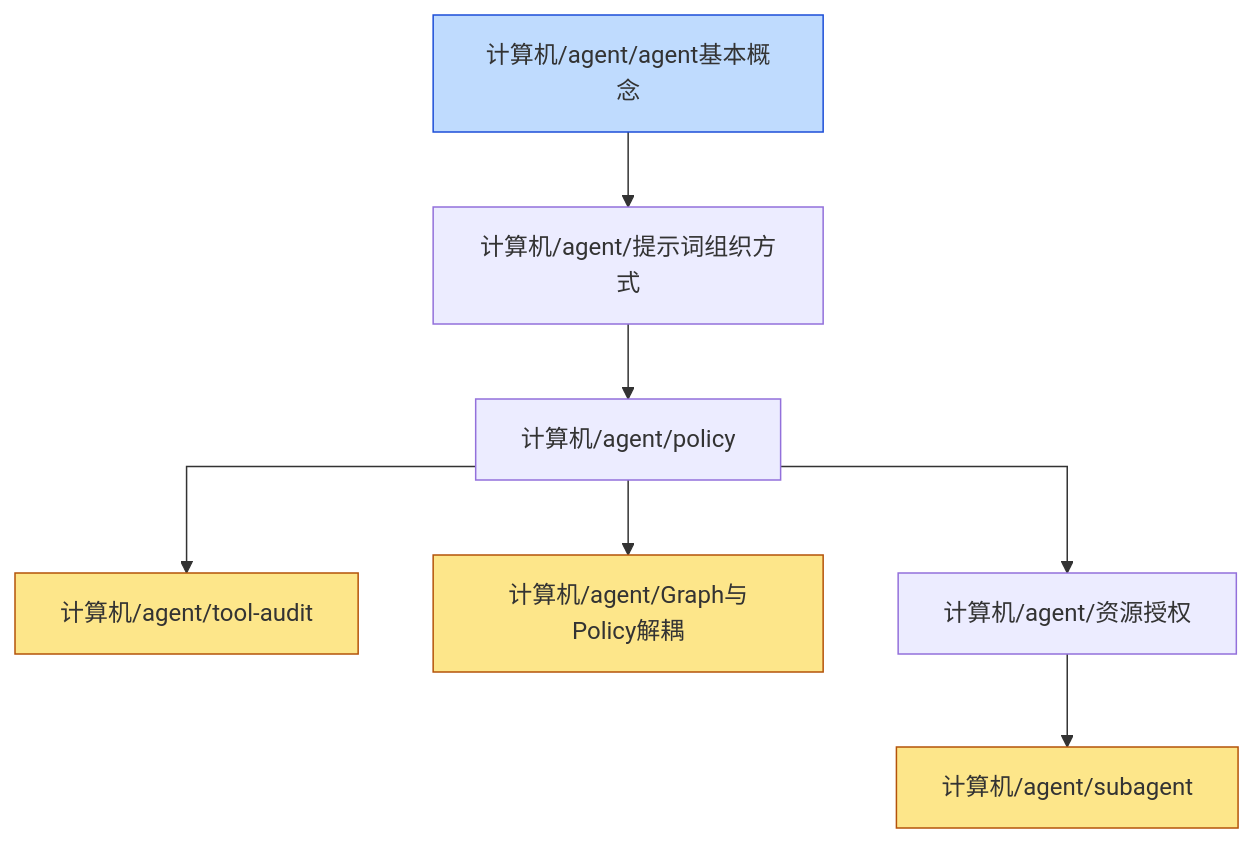
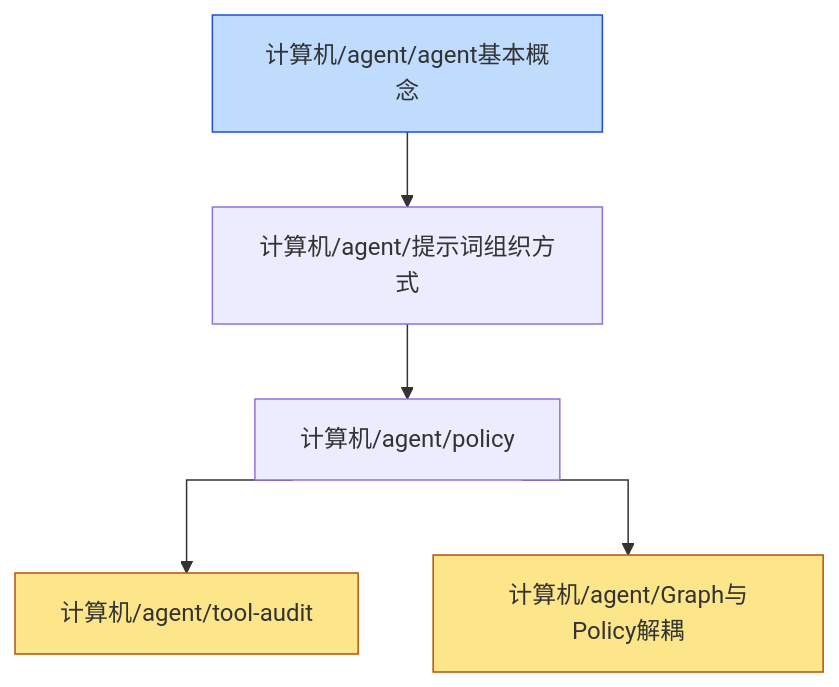
The diagram in content/计算机/agent/dependency_graph.md (zeroDtree/zeroDtree.github.io), drawn with Mermaid before and after one commit. The commit also changed 13 other files, not shown here.

````diff
--- a/content/计算机/agent/dependency_graph.md
+++ b/content/计算机/agent/dependency_graph.md
@@ -1,21 +1,17 @@
 ```mermaid
 %%{init: {'flowchart': {'curve': 'stepAfter'}}}%%
 graph TD
 1["计算机/agent/policy"] --> 0["计算机/agent/tool-audit"]
 1["计算机/agent/policy"] --> 2["计算机/agent/Graph与Policy解耦"]
-4["计算机/agent/资源授权"] --> 3["计算机/agent/subagent"]
-6["计算机/agent/agent基本概念"] --> 5["计算机/agent/提示词组织方式"]
-5["计算机/agent/提示词组织方式"] --> 1["计算机/agent/policy"]
-1["计算机/agent/policy"] --> 4["计算机/agent/资源授权"]
+4["计算机/agent/agent基本概念"] --> 3["计算机/agent/提示词组织方式"]
+3["计算机/agent/提示词组织方式"] --> 1["计算机/agent/policy"]
 classDef leaf fill:#fde68a,stroke:#b45309
-class 0,2,3 leaf
+class 0,2 leaf
 classDef root fill:#bfdbfe,stroke:#1d4ed8
-class 6 root
+class 4 root
 click 0 "/计算机/agent/tool-audit" "计算机/agent/tool-audit"
 click 1 "/计算机/agent/policy" "计算机/agent/policy"
 click 2 "/计算机/agent/graph与policy解耦" "计算机/agent/Graph与Policy解耦"
-click 3 "/计算机/agent/subagent" "计算机/agent/subagent"
-click 4 "/计算机/agent/资源授权" "计算机/agent/资源授权"
-click 5 "/计算机/agent/提示词组织方式" "计算机/agent/提示词组织方式"
-click 6 "/计算机/agent/agent基本概念" "计算机/agent/agent基本概念"
+click 3 "/计算机/agent/提示词组织方式" "计算机/agent/提示词组织方式"
+click 4 "/计算机/agent/agent基本概念" "计算机/agent/agent基本概念"
 ```
````
